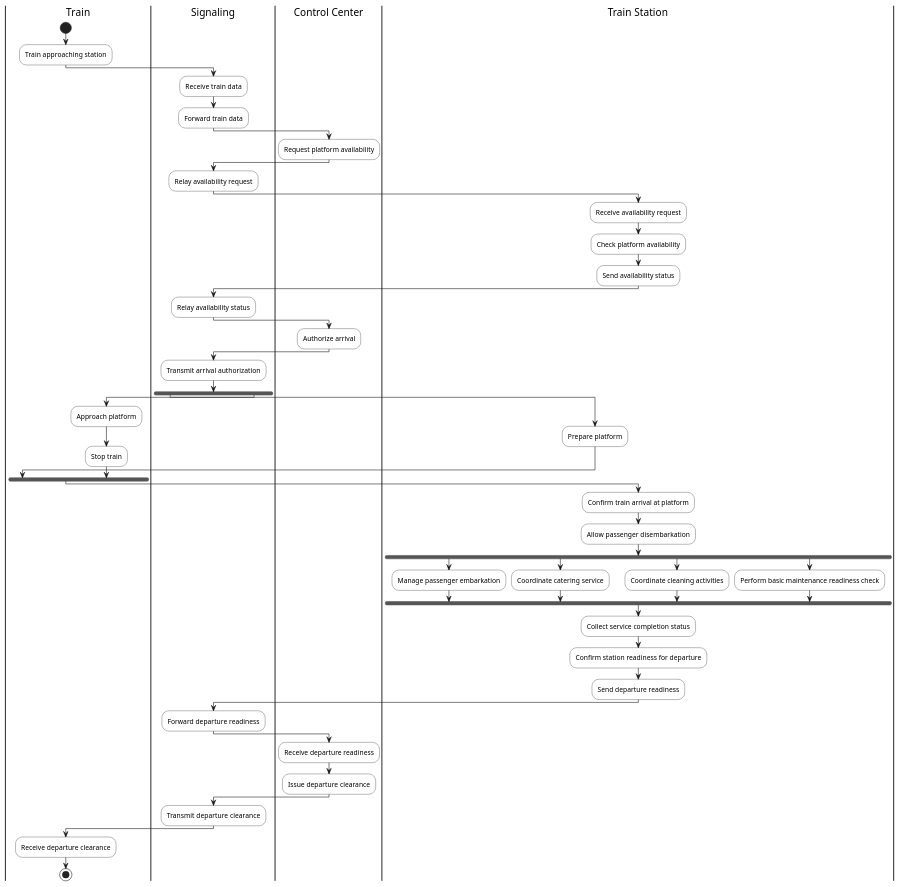
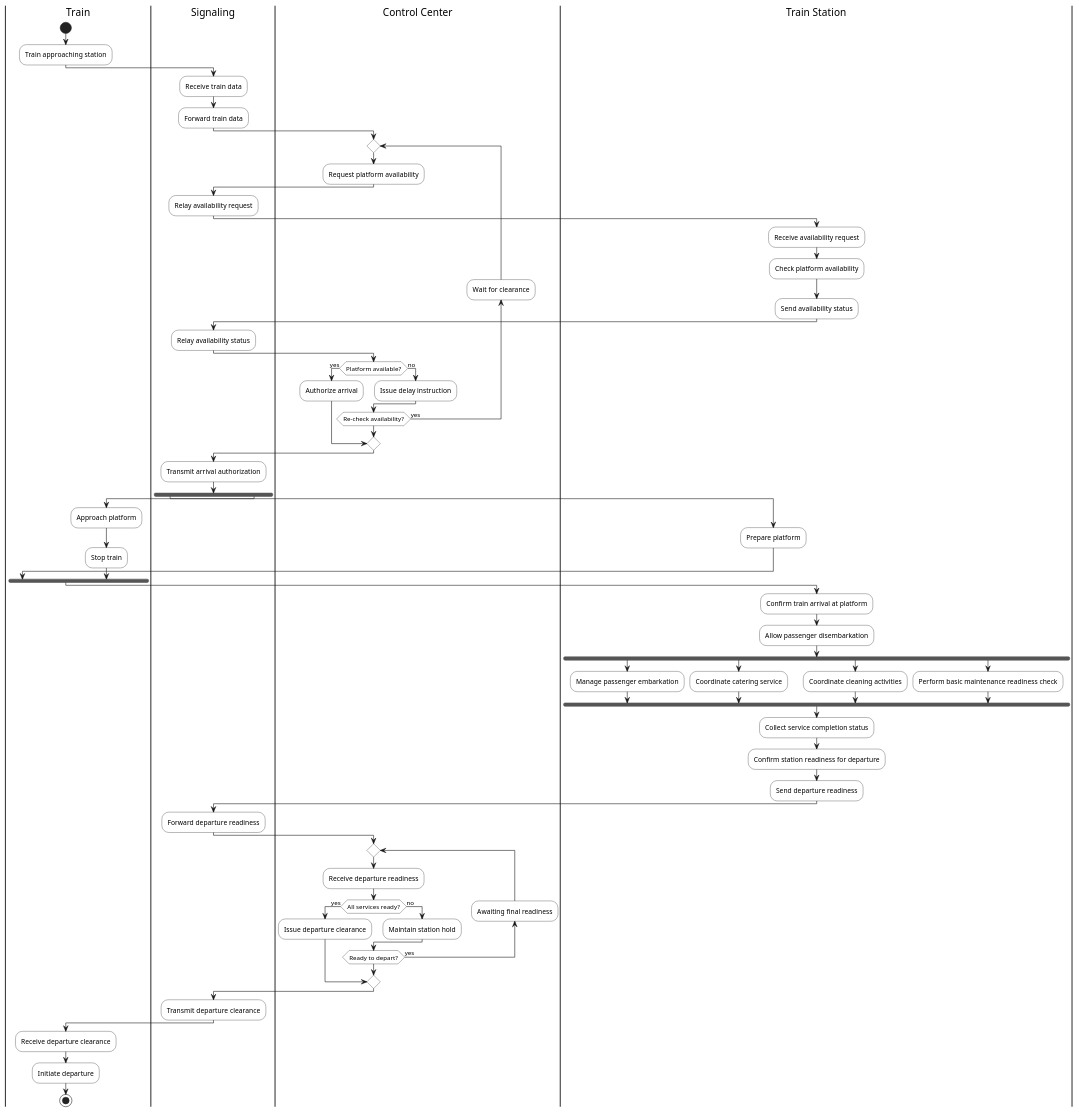
The diagram in Functional Analysis/Scenario 1/Train Station.puml (nachimageshnachi/Requirements-Engineering), drawn with PlantUML before and after one commit. The commit also changed 8 other files, not shown here.

Commit message:
Initial commit: Added station operation diagrams

```diff
--- a/Functional Analysis/Scenario 1/Train Station.puml
+++ b/Functional Analysis/Scenario 1/Train Station.puml
@@ -1,88 +1,106 @@
 @startuml
 skinparam monochrome true
+skinparam packageStyle rectangle
 skinparam activity {
   BackgroundColor White
   BorderColor Black
 }
 
 |Train|
 start
 :Train approaching station;
 
 |Signaling|
 :Receive train data;
 :Forward train data;
 
 |Control Center|
-:Request platform availability;
+repeat
+  :Request platform availability;
 
-|Signaling|
-:Relay availability request;
+  |Signaling|
+  :Relay availability request;
 
-|Train Station|
-:Receive availability request;
-:Check platform availability;
-:Send availability status;
+  |Train Station|
+  :Receive availability request;
+  :Check platform availability;
+  :Send availability status;
 
-|Signaling|
-:Relay availability status;
+  |Signaling|
+  :Relay availability status;
 
-|Control Center|
-:Authorize arrival;
+  |Control Center|
+  if (Platform available?) then (yes)
+    :Authorize arrival;
+    break
+  else (no)
+    :Issue delay instruction;
+  endif
+backward:Wait for clearance;
+repeat while (Re-check availability?) is (yes)
 
 |Signaling|
 :Transmit arrival authorization;
 
 fork
   |Train Station|
   :Prepare platform;
 
 fork again
   |Train|
   :Approach platform;
   :Stop train;
 end fork
 
 |Train Station|
 :Confirm train arrival at platform;
 :Allow passenger disembarkation;
 
 ' ===== STATION-CENTRIC OPERATIONS =====
 fork
   |Train Station|
   :Manage passenger embarkation;
 
 fork again
   |Train Station|
   :Coordinate catering service;
 
 fork again
   |Train Station|
   :Coordinate cleaning activities;
 
 fork again
   |Train Station|
   :Perform basic maintenance readiness check;
 end fork
 ' ===== END STATION OPERATIONS =====
 
 |Train Station|
 :Collect service completion status;
 :Confirm station readiness for departure;
 :Send departure readiness;
 
 |Signaling|
 :Forward departure readiness;
 
 |Control Center|
-:Receive departure readiness;
-:Issue departure clearance;
+repeat
+  :Receive departure readiness;
+  if (All services ready?) then (yes)
+    :Issue departure clearance;
+    break
+  else (no)
+    :Maintain station hold;
+  endif
+backward:Awaiting final readiness;
+repeat while (Ready to depart?) is (yes)
 
 |Signaling|
 :Transmit departure clearance;
 
 |Train|
 :Receive departure clearance;
+:Initiate departure;
 
 stop
 @enduml
```
